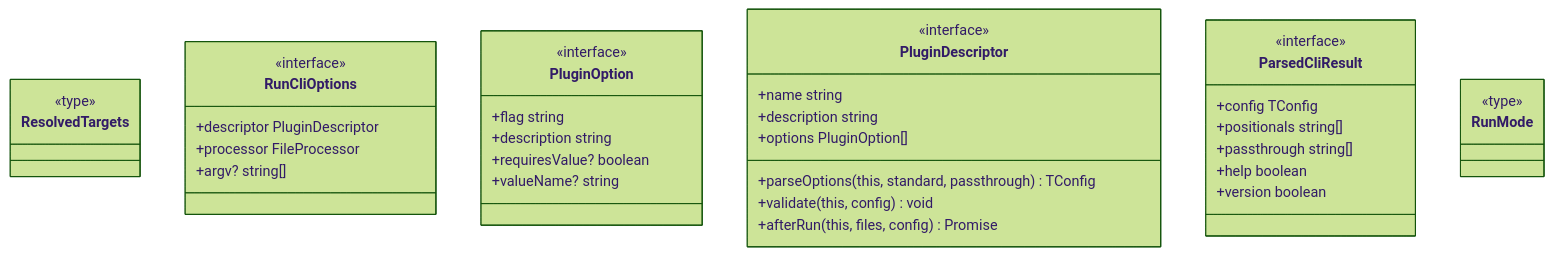
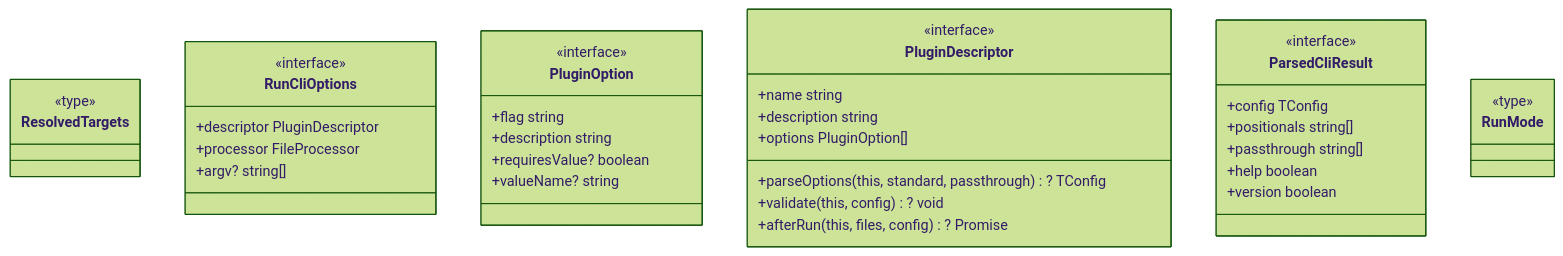
The second of 6 diagrams in javascript/tooling-core/README.md (doikayt/build-tools), drawn with Mermaid (forest theme) before and after one commit. The commit also changed 2 other files, not shown here.

Commit message:
docs(tooling-core): fix three accuracy issues in UML and tests (#13)
- README UML: mark parseOptions, validate, afterRun as optional (add ?)
  to match the actual PluginDescriptor interface in src/cli/types.ts
- validateExternalLink.test.ts: rename "calls onVerbose for request" →
  "calls onVerbose after successful response" — onVerbose fires on
  response, not before the request
- RepositoryRunner.test.ts: remove spurious await on runner.run() —
  the method is synchronous and returns RepositoryStats, not a Promise

Fixes #13

````diff
--- a/javascript/tooling-core/README.md
+++ b/javascript/tooling-core/README.md
@@ -171,40 +171,40 @@
 ```mermaid
 classDiagram
   direction TB
   class ResolvedTargets {
     <<type>>
   }
   class RunCliOptions {
     <<interface>>
     +descriptor PluginDescriptor<TConfig>
     +processor FileProcessor<TConfig>
     +argv? string[]
   }
   class PluginOption {
     <<interface>>
     +flag string
     +description string
     +requiresValue? boolean
     +valueName? string
   }
   class PluginDescriptor {
     <<interface>>
     +name string
     +description string
     +options PluginOption[]
-    +parseOptions(this, standard, passthrough) TConfig
-    +validate(this, config) void
-    +afterRun(this, files, config) Promise<void>
+    +parseOptions(this, standard, passthrough)? TConfig
+    +validate(this, config)? void
+    +afterRun(this, files, config)? Promise<void>
   }
   class ParsedCliResult {
     <<interface>>
     +config TConfig
     +positionals string[]
     +passthrough string[]
     +help boolean
     +version boolean
   }
   class RunMode {
     <<type>>
   }
 ```
````
